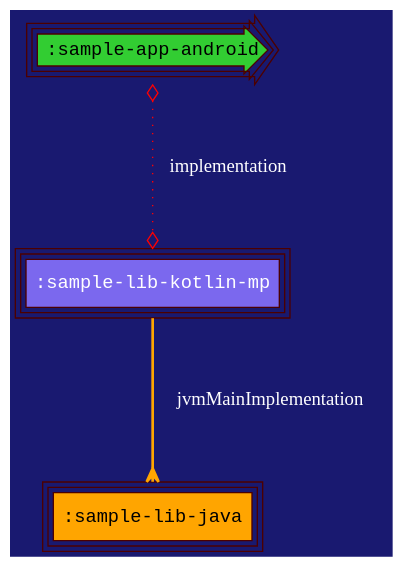
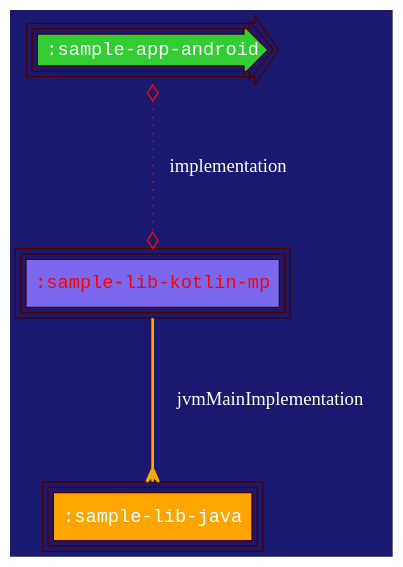
The diagram in samples/sample-graphviz/sample-lib-java/atlas/chart.dot (jonapoul/atlas), drawn with Graphviz before and after one commit. The commit also changed 20 other files, not shown here.

Commit message:
Style graphviz legends (#295)

```diff
--- a/samples/sample-graphviz/sample-lib-java/atlas/chart.dot
+++ b/samples/sample-graphviz/sample-lib-java/atlas/chart.dot
@@ -1,10 +1,10 @@
 digraph {
   edge [arrowhead="ediamond",arrowtail="none",fontcolor="white",labelfloat="false",color="red"]
   graph [layout="dot",bgcolor="MidnightBlue",fontsize="30",rankdir="TB",ranksep="1.5"]
-  node [fontname="Courier New",peripheries="3",style="filled",shape="box",color="#4C0000"]
+  node [fontname="Courier New",peripheries="3",style="filled",shape="box",color="#4C0000",fontcolor="white"]
   ":sample-app-android" [shape="rarrow",style="radial",fillcolor="limegreen"]
   ":sample-lib-java" [fillcolor="orange"]
-  ":sample-lib-kotlin-mp" [fontcolor="white",fillcolor="mediumslateblue"]
+  ":sample-lib-kotlin-mp" [fontcolor="red",fillcolor="mediumslateblue"]
   ":sample-app-android" -> ":sample-lib-kotlin-mp" [style="dotted",label="implementation",dir="both",arrowtail="ediamond"]
   ":sample-lib-kotlin-mp" -> ":sample-lib-java" [style="bold",color="orange",label="jvmMainImplementation",arrowhead="crow"]
 }
```
